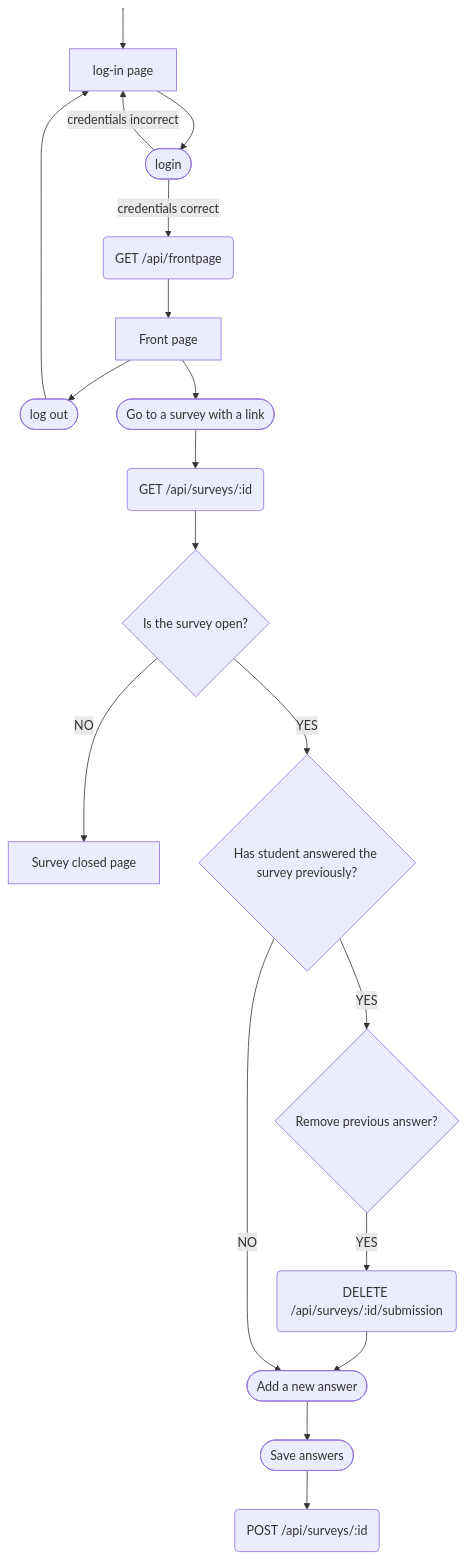
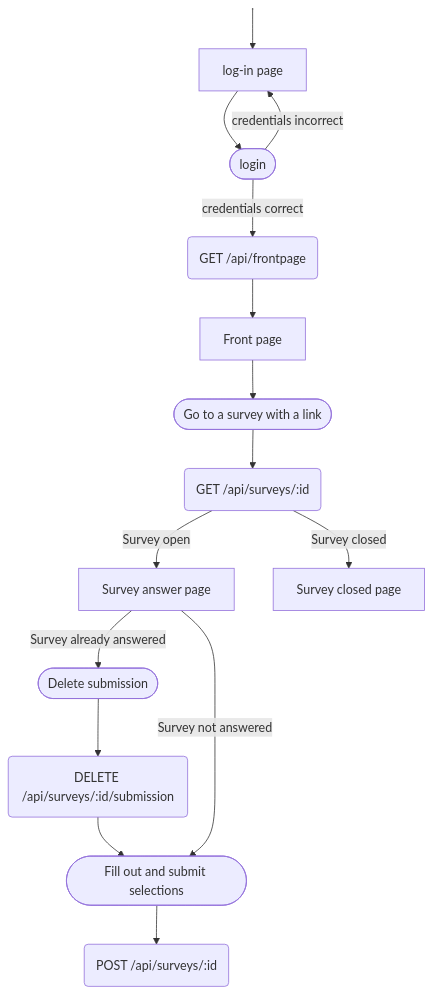
The third of 3 diagrams in docs-2.0/process_flow_chart.md (piryopt/pienryhmien-optimointi), drawn with Mermaid before and after one commit. The commit also changed other lines of this file, not shown here.

Commit message:
Update and simplify flowcharts

````diff
--- a/docs-2.0/process_flow_chart.md
+++ b/docs-2.0/process_flow_chart.md
@@ -89,22 +87,19 @@
 ```mermaid
 flowchart TB
     A["log-in page"] --> B(["login"])
     B -- credentials incorrect --> A
     B -- credentials correct --> E("GET /api/frontpage")
     E --> F["Front page"]
-    F --> K(["log out"]) & G(["Go to a survey with a link"])
-    K --> A
+    F --> G(["Go to a survey with a link"])
     G --> I("GET /api/surveys/:id")
-    I --> J{"Is the survey open?"}
-    J -- NO --> L["Survey closed page"]
-    J -- YES --> M{"Has student answered the survey previously?"}
-    M -- YES --> N{"Remove previous answer?"}
-    N -- YES --> P("DELETE /api/surveys/:id/submission")
-    P --> Q(["Add a new answer"])
-    Q -- <br> --> R(["Save answers"])
-    M -- NO --> Q
-    R --> S("POST /api/surveys/:id")
+    I -- Survey open --> n2["Survey answer page"]
+    I -- Survey closed --> L["Survey closed page"]
+    P("DELETE /api/surveys/:id/submission") --> Q(["Fill out and submit selections"])
     n1["Rectangle"] --> A
+    n2 -- Survey not answered --> Q
+    n2 -- Survey already answered --> n3(["Delete submission"])
+    n3 --> P
+    Q --> S("POST /api/surveys/:id")
 
     n1@{ shape: anchor}
 ```
````
